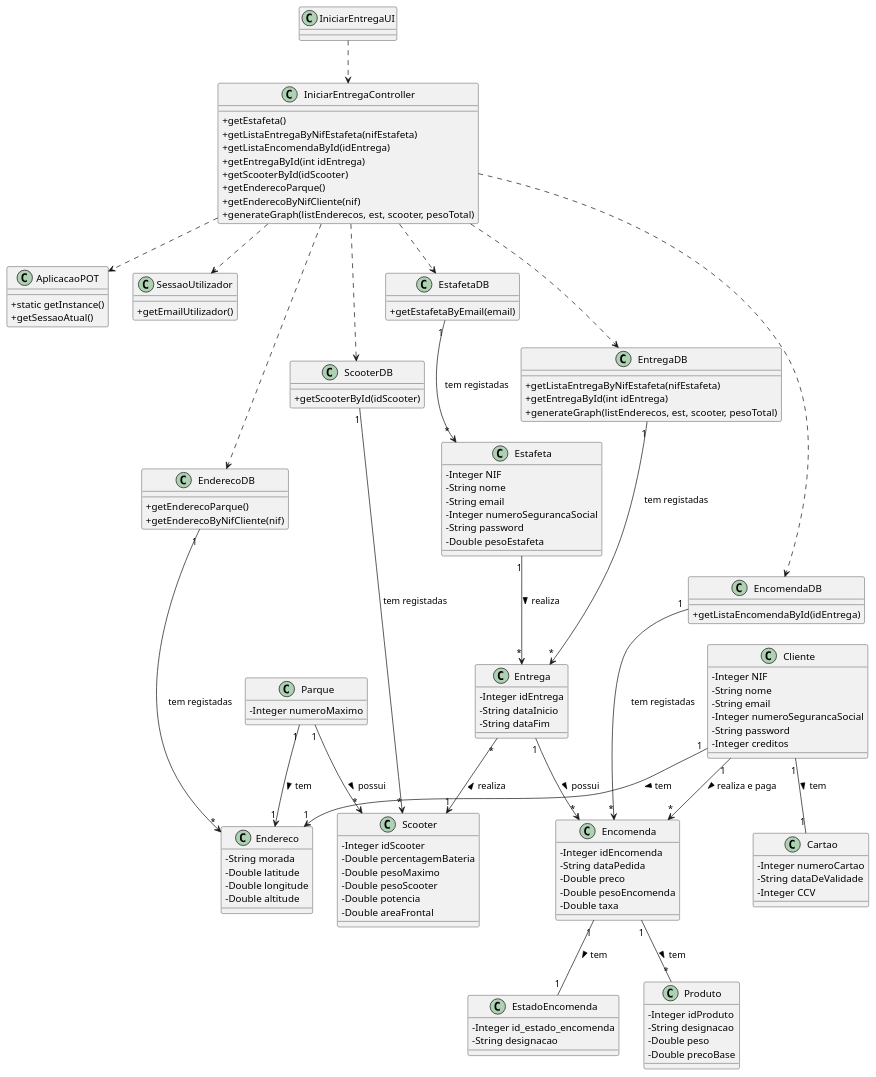
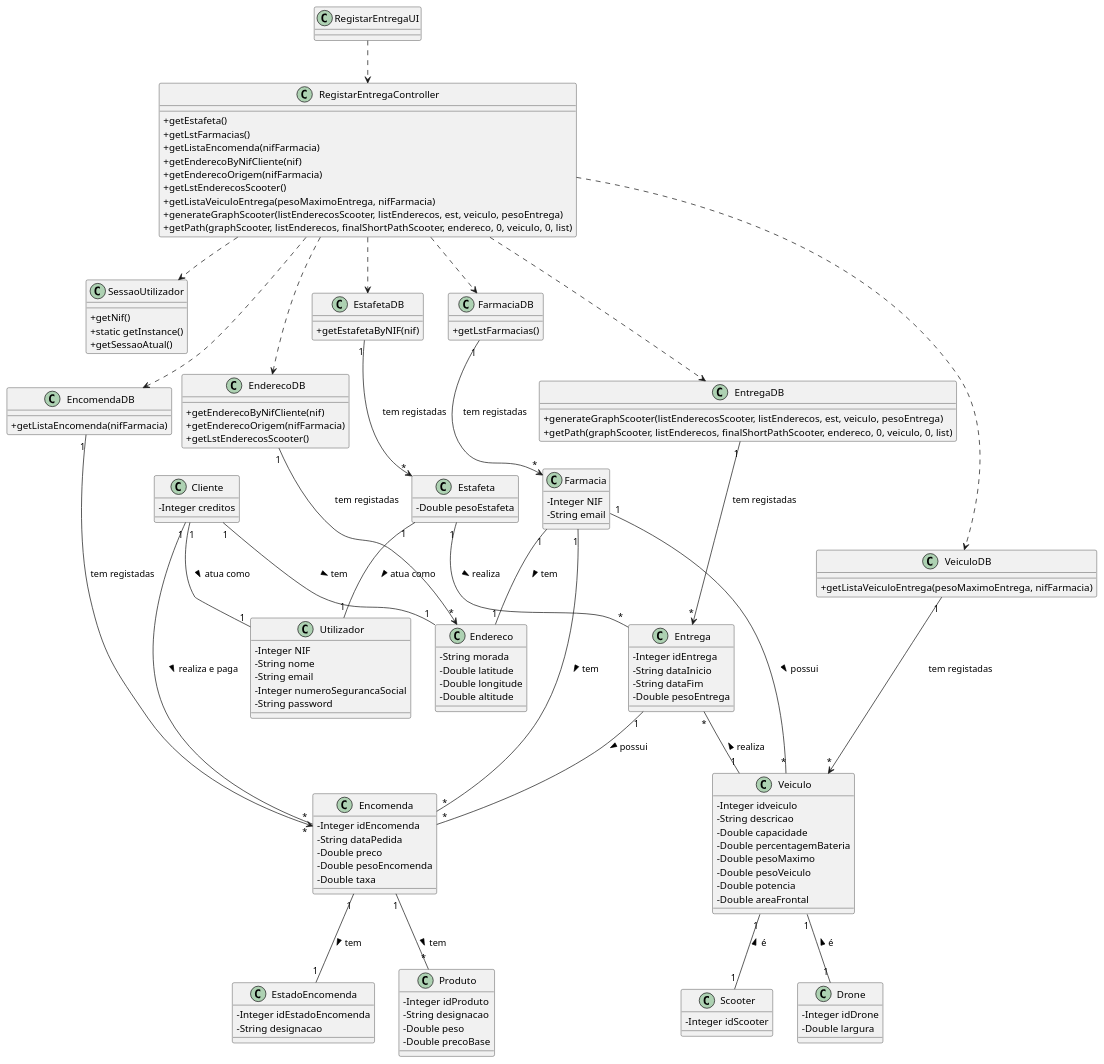
The diagram in docs/UC11/IniciaEntregaCD.puml (pedrolemos4/LAPR3), drawn with PlantUML before and after one commit. The commit also changed 15 other files, not shown here.

```diff
--- a/docs/UC11/IniciaEntregaCD.puml
+++ b/docs/UC11/IniciaEntregaCD.puml
@@ -1,148 +1,159 @@
 @startuml
 skinparam classAttributeIconSize 0
 
-class AplicacaoPOT{
+class SessaoUtilizador{
+  +getNif()
   +static getInstance()
   +getSessaoAtual()
 }
 
-class SessaoUtilizador{
-  +getEmailUtilizador()
+class FarmaciaDB{
+  +getLstFarmacias()
+}
+
+class VeiculoDB{
+  +getListaVeiculoEntrega(pesoMaximoEntrega, nifFarmacia)
 }
 
 class EnderecoDB {
-  +getEnderecoParque()
   +getEnderecoByNifCliente(nif)
-}
-
-class ScooterDB {
-  +getScooterById(idScooter)
+  +getEnderecoOrigem(nifFarmacia)
+  +getLstEnderecosScooter()
 }
 
 class EncomendaDB {
-  +getListaEncomendaById(idEntrega)
+  +getListaEncomenda(nifFarmacia)
 }
 
 class Entrega {
   -Integer idEntrega
   -String dataInicio
   -String dataFim
+  -Double pesoEntrega
 }
 
 class EntregaDB {
-  +getListaEntregaByNifEstafeta(nifEstafeta)
-  +getEntregaById(int idEntrega)
-  +generateGraph(listEnderecos, est, scooter, pesoTotal)
+  +generateGraphScooter(listEnderecosScooter, listEnderecos, est, veiculo, pesoEntrega)
+  +getPath(graphScooter, listEnderecos, finalShortPathScooter, endereco, 0, veiculo, 0, list)
 }
 
 class EstafetaDB {
-  +getEstafetaByEmail(email)
+  +getEstafetaByNIF(nif)
 }
 
-class IniciarEntregaController {
+class RegistarEntregaController {
   +getEstafeta()
-  +getListaEntregaByNifEstafeta(nifEstafeta)
-  +getListaEncomendaById(idEntrega)
-  +getEntregaById(int idEntrega)
-  +getScooterById(idScooter)
-  +getEnderecoParque()
+  +getLstFarmacias()
+  +getListaEncomenda(nifFarmacia)
   +getEnderecoByNifCliente(nif)
-  +generateGraph(listEnderecos, est, scooter, pesoTotal)
+  +getEnderecoOrigem(nifFarmacia)
+  +getLstEnderecosScooter()
+  +getListaVeiculoEntrega(pesoMaximoEntrega, nifFarmacia)
+  +generateGraphScooter(listEnderecosScooter, listEnderecos, est, veiculo, pesoEntrega)
+  +getPath(graphScooter, listEnderecos, finalShortPathScooter, endereco, 0, veiculo, 0, list)
 }
 
-class IniciarEntregaUI {
+class RegistarEntregaUI {
 }
 
 class Encomenda {
   -Integer idEncomenda
   -String dataPedida
   -Double preco
   -Double pesoEncomenda
   -Double taxa
 }
 
 class Estafeta {
-  -Integer NIF
-  -String nome
-  -String email
-  -Integer numeroSegurancaSocial
-  -String password
   -Double pesoEstafeta
 }
 
 class Scooter {
   -Integer idScooter
-  -Double percentagemBateria
-  -Double pesoMaximo
-  -Double pesoScooter
-  -Double potencia
-  -Double areaFrontal
 }
 
 class Endereco {
   -String morada
   -Double latitude
   -Double longitude
   -Double altitude
 }
 
-class Parque {
-  -Integer numeroMaximo
-}
-
 class Cliente {
-  -Integer NIF
-  -String nome
-  -String email
-  -Integer numeroSegurancaSocial
-  -String password
   -Integer creditos
 }
 
-
-class Cartao {
-  -Integer numeroCartao
-  -String dataDeValidade
-  -Integer CCV
-}
-
 class EstadoEncomenda {
-  -Integer id_estado_encomenda
+  -Integer idEstadoEncomenda
   -String designacao
 }
 
 class Produto {
   -Integer idProduto
   -String designacao
   -Double peso
   -Double precoBase
 }
 
-IniciarEntregaUI ..> IniciarEntregaController
+class Utilizador {
+  -Integer NIF
+  -String nome
+  -String email
+  -Integer numeroSegurancaSocial
+  -String password
+}
 
-IniciarEntregaController ..> EstafetaDB
-IniciarEntregaController ..> EnderecoDB
-IniciarEntregaController ..> ScooterDB
-IniciarEntregaController ..> EntregaDB
-IniciarEntregaController ..> EncomendaDB
-IniciarEntregaController ..> AplicacaoPOT
-IniciarEntregaController ..> SessaoUtilizador
+class Veiculo {
+  -Integer idveiculo
+  -String descricao
+  -Double capacidade
+  -Double percentagemBateria
+  -Double pesoMaximo
+  -Double pesoVeiculo
+  -Double potencia
+  -Double areaFrontal
+}
+
+class Drone {
+  -Integer idDrone
+  -Double largura
+}
+
+class Farmacia {
+  -Integer NIF
+  -String email
+}
+
+RegistarEntregaUI ..> RegistarEntregaController
+
+RegistarEntregaController ..> EstafetaDB
+RegistarEntregaController ..> EnderecoDB
+RegistarEntregaController ..> FarmaciaDB
+RegistarEntregaController ..> EntregaDB
+RegistarEntregaController ..> EncomendaDB
+RegistarEntregaController ..> VeiculoDB
+RegistarEntregaController ..> SessaoUtilizador
 
 EntregaDB "1" --> "*" Entrega : tem registadas
 EstafetaDB "1" --> "*" Estafeta : tem registadas
 EncomendaDB "1" --> "*" Encomenda : tem registadas
 EnderecoDB "1" --> "*" Endereco : tem registadas
-ScooterDB "1" --> "*" Scooter : tem registadas
+FarmaciaDB "1" --> "*" Farmacia : tem registadas
+VeiculoDB "1" --> "*" Veiculo : tem registadas
 
-Cliente "1" -- "1" Cartao : tem >
-Parque "1" --> "*" Scooter: possui >
-Parque "1" --> "1" Endereco: tem >
-Entrega "1" --> "*" Encomenda : possui >
-Estafeta "1" --> "*" Entrega: realiza >
-Entrega "*" --> "1" Scooter: realiza <
-Cliente "1" --> "1" Endereco: tem >
-Cliente "1" --> "*" Encomenda: realiza e paga >
+Estafeta "1" -- "1" Utilizador: atua como >
+Cliente "1" -- "1" Utilizador: atua como >
+Veiculo "1" -- "1" Drone: é <
+Veiculo "1" -- "1" Scooter: é <
+Entrega "*" -- "1" Veiculo: realiza <
+Encomenda "1" -- "*" Produto: tem >
+Entrega "1" -- "*" Encomenda : possui >
+Estafeta "1" -- "*" Entrega: realiza >
+Cliente "1" -- "1" Endereco: tem >
+Cliente "1" -- "*" Encomenda: realiza e paga >
+Farmacia "1" -- "*" Encomenda: tem >
+Farmacia "1" -- "*" Veiculo: possui >
+Farmacia "1" -- "1" Endereco: tem >
 Encomenda "1" -- "1" EstadoEncomenda : tem >
-Encomenda "1" -- "*" Produto: tem >
 
 @enduml
```
